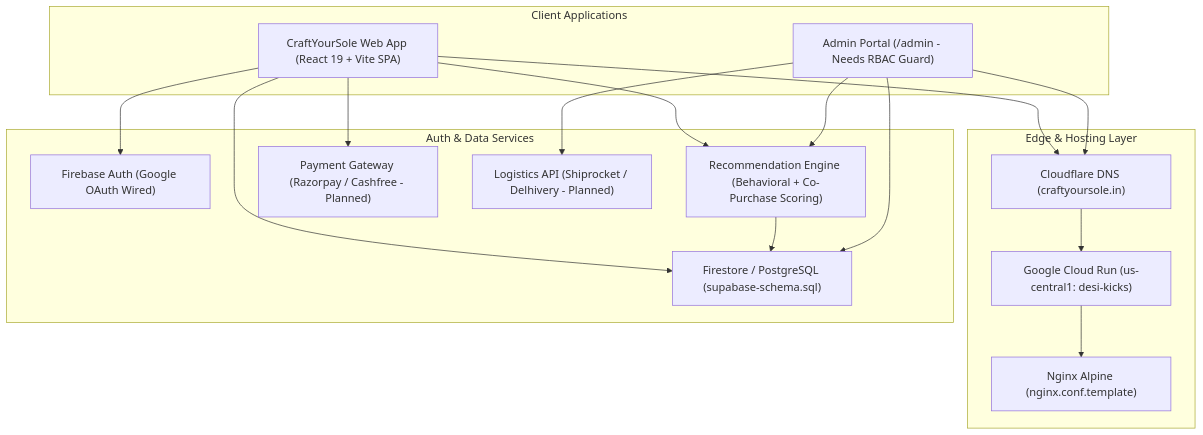
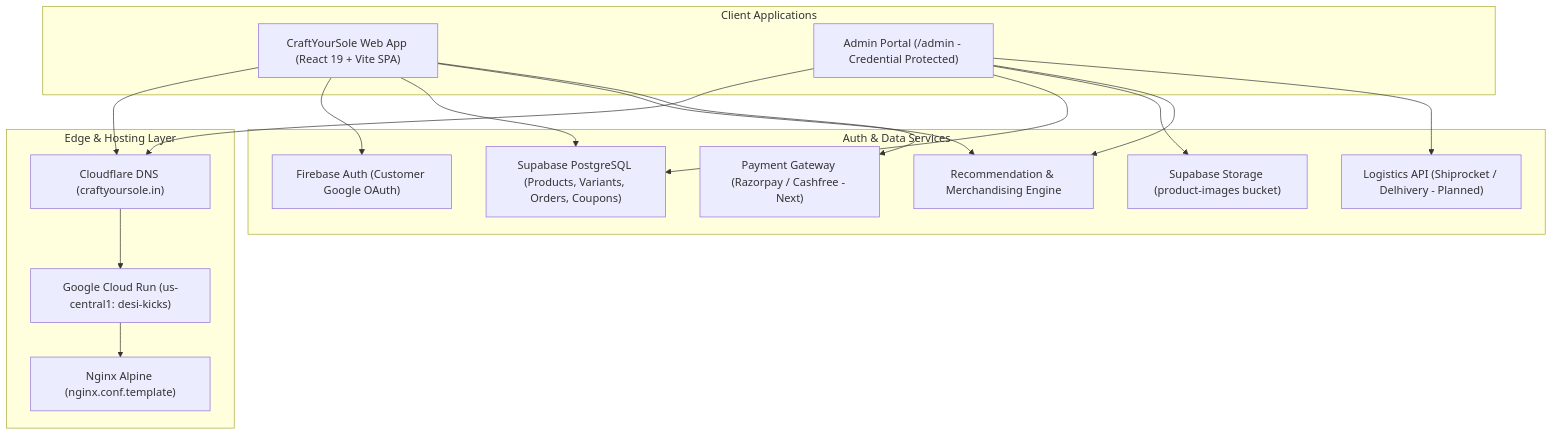
One commit to Daksh1685/Desi-Kicks changed the diagram in ROADMAP.md. Above: the diagram before and after it, drawn with Mermaid. The commit also changed other lines of this file, not shown here.

Commit message:
docs: update roadmap progress and technical specifications

````diff
--- a/ROADMAP.md
+++ b/ROADMAP.md
@@ -21,32 +21,33 @@
 ```mermaid
 graph TD
     subgraph Client Applications
         C1["CraftYourSole Web App (React 19 + Vite SPA)"]
-        C2["Admin Portal (/admin - Needs RBAC Guard)"]
+        C2["Admin Portal (/admin - Credential Protected)"]
     end
 
     subgraph Edge & Hosting Layer
         CF["Cloudflare DNS (craftyoursole.in)"]
         CR["Google Cloud Run (us-central1: desi-kicks)"]
         NG["Nginx Alpine (nginx.conf.template)"]
     end
 
     subgraph Auth & Data Services
-        FA["Firebase Auth (Google OAuth Wired)"]
-        DB["Firestore / PostgreSQL (supabase-schema.sql)"]
-        REC["Recommendation Engine (Behavioral + Co-Purchase Scoring)"]
-        PAY["Payment Gateway (Razorpay / Cashfree - Planned)"]
+        FA["Firebase Auth (Customer Google OAuth)"]
+        SB["Supabase PostgreSQL (Products, Variants, Orders, Coupons)"]
+        ST["Supabase Storage (product-images bucket)"]
+        REC["Recommendation & Merchandising Engine"]
+        PAY["Payment Gateway (Razorpay / Cashfree - Next)"]
         SHIP["Logistics API (Shiprocket / Delhivery - Planned)"]
     end
 
     C1 --> CF --> CR --> NG
     C2 --> CF
     C1 --> FA
-    C1 --> DB
+    C1 --> SB
     C1 --> REC
     C1 --> PAY
-    REC --> DB
-    C2 --> DB
+    C2 --> SB
+    C2 --> ST
     C2 --> REC
     C2 --> SHIP
 ```
````
